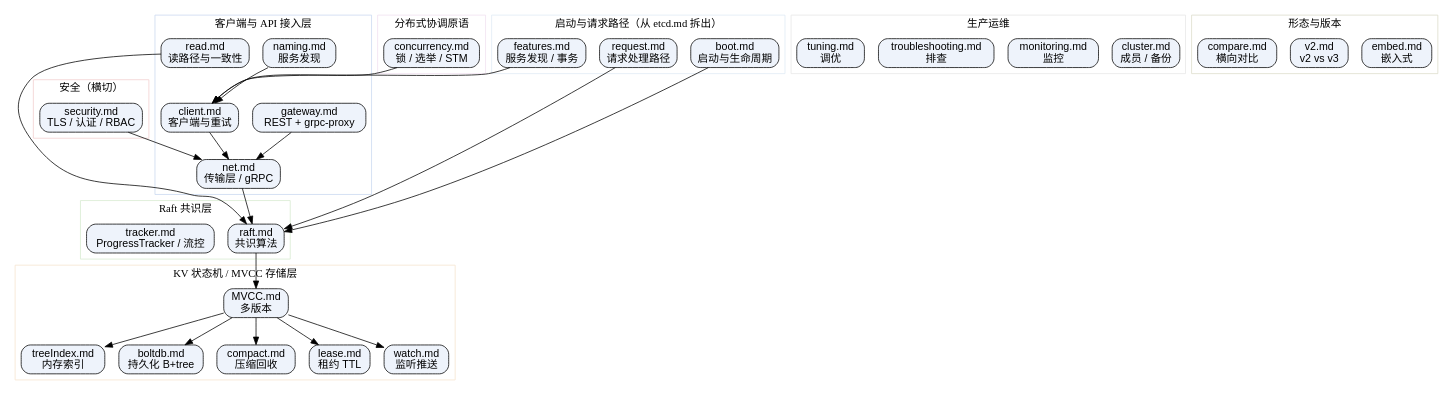
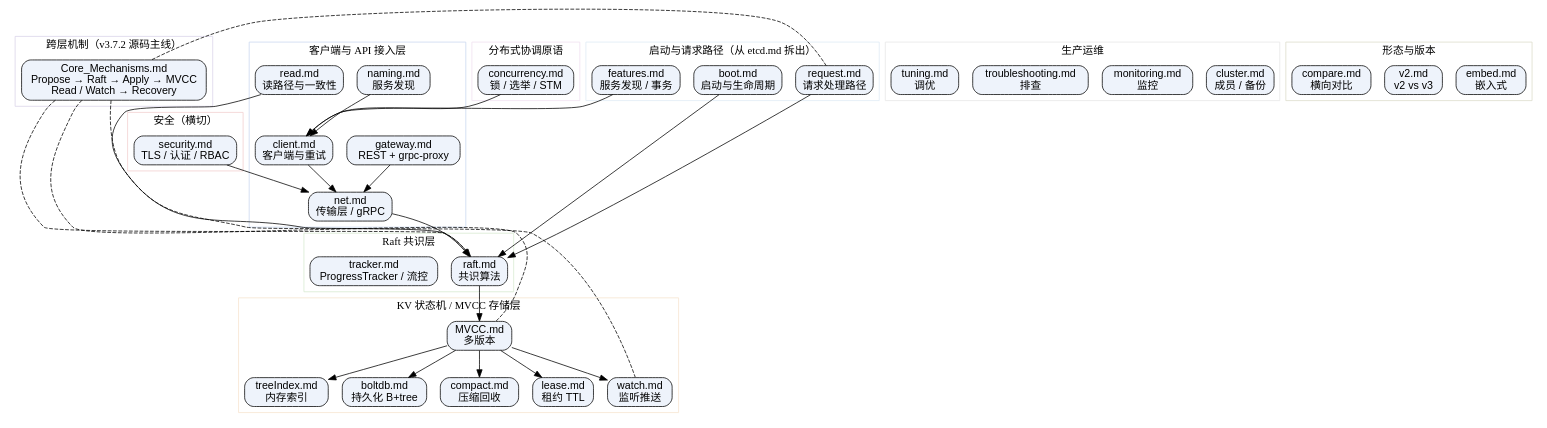
Before and after one commit to Robinpig/Note: the diagram in docs/CS/Framework/etcd/README.md, drawn with Graphviz. The commit also changed other lines of this file and 26 other files, not shown here.

````diff
--- a/docs/CS/Framework/etcd/README.md
+++ b/docs/CS/Framework/etcd/README.md
@@ -71,6 +71,11 @@
     req     [label="request.md\n请求处理路径"];
     feat    [label="features.md\n服务发现 / 事务"];
   }
+  subgraph cluster_core {
+    label="跨层机制（v3.7.2 源码主线）";
+    color="#d9d2e9";
+    core    [label="Core_Mechanisms.md\nPropose → Raft → Apply → MVCC\nRead / Watch → Recovery"];
+  }
 
   client -> net -> raft;
   gateway -> net;
@@ -87,5 +92,9 @@
   boot -> raft;
   req -> raft;
   feat -> client;
+  req -> core [style=dashed, arrowhead=none, constraint=false];
+  core -> raft [style=dashed, arrowhead=none, constraint=false];
+  core -> mvcc [style=dashed, arrowhead=none, constraint=false];
+  core -> watch [style=dashed, arrowhead=none, constraint=false];
 }
 ```
````
